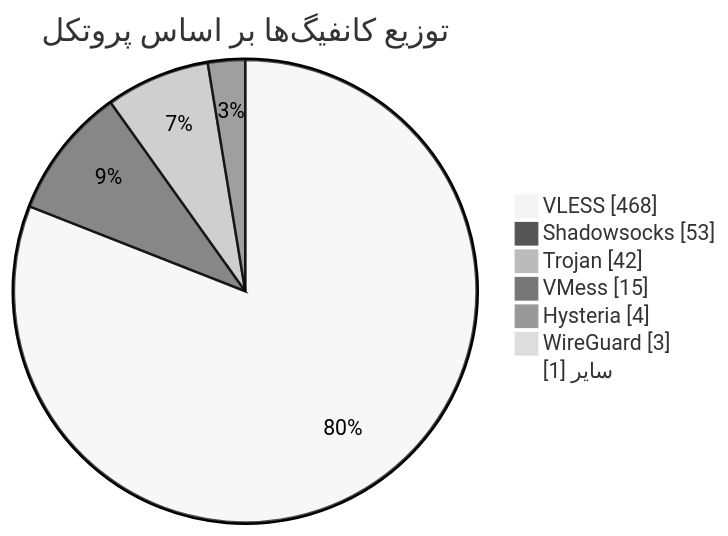
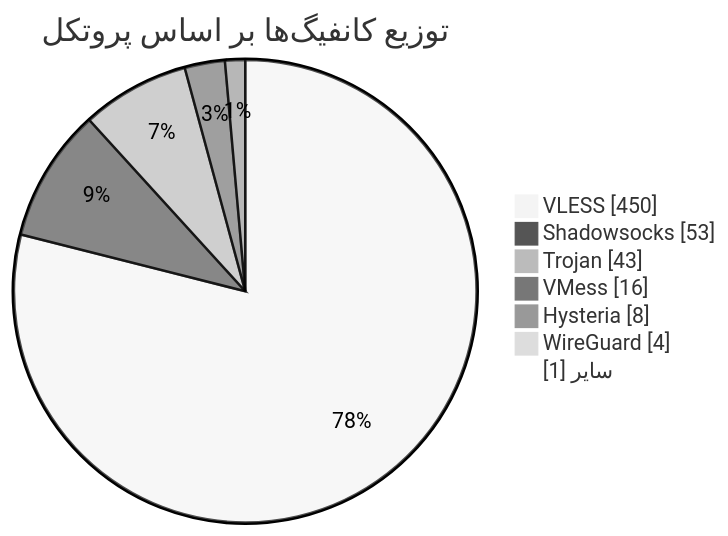
Before and after one commit to Arian-Alijani/Somthing: the diagram in README.md, drawn with Mermaid (neutral theme). The commit also changed other lines of this file and 19 other files, not shown here.

````diff
--- a/README.md
+++ b/README.md
@@ -49,11 +49,11 @@
 ```mermaid
 pie showData
     title توزیع کانفیگ‌ها بر اساس پروتکل
-    "VLESS" : 468
+    "VLESS" : 450
     "Shadowsocks" : 53
-    "Trojan" : 42
-    "VMess" : 15
-    "Hysteria" : 4
-    "WireGuard" : 3
+    "Trojan" : 43
+    "VMess" : 16
+    "Hysteria" : 8
+    "WireGuard" : 4
     "سایر" : 1
 ```
````
